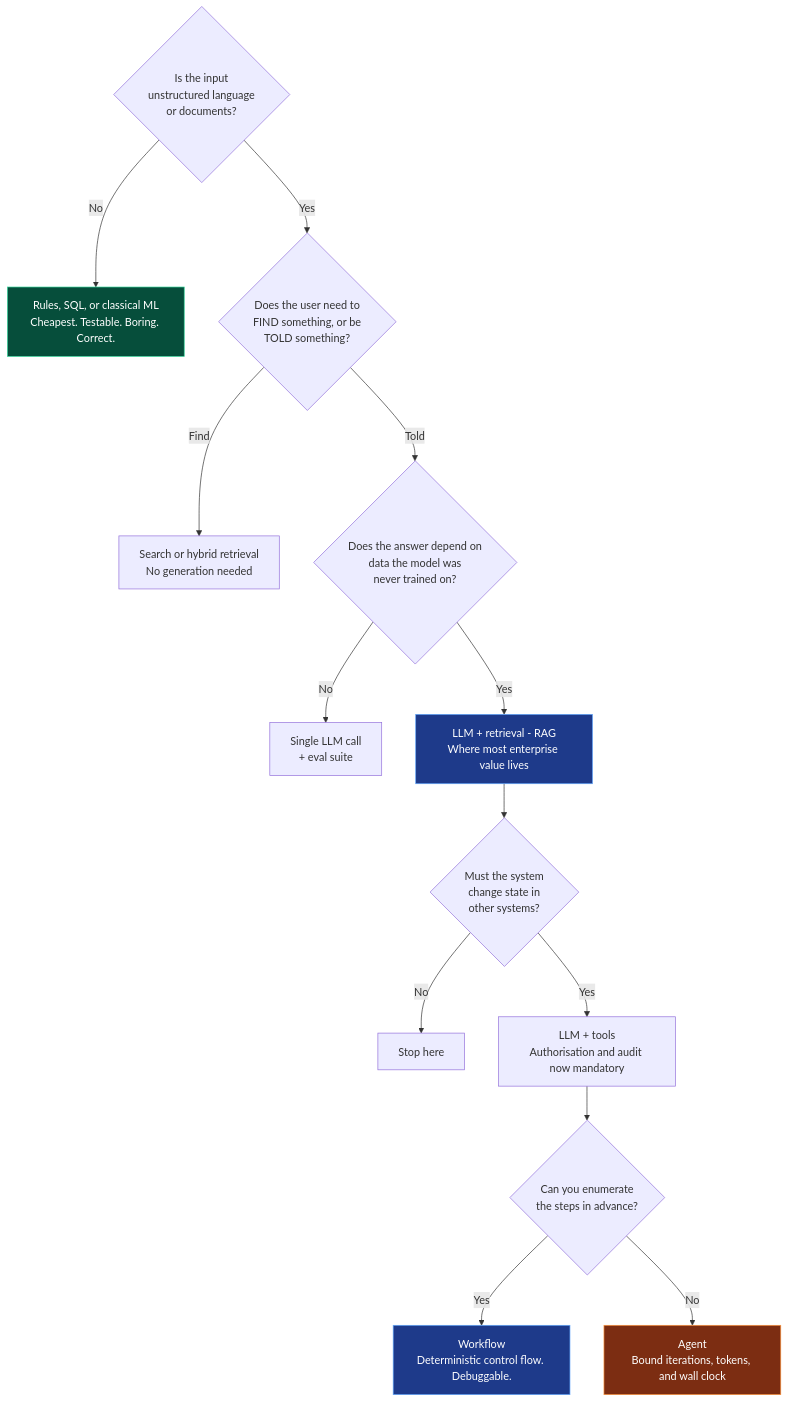
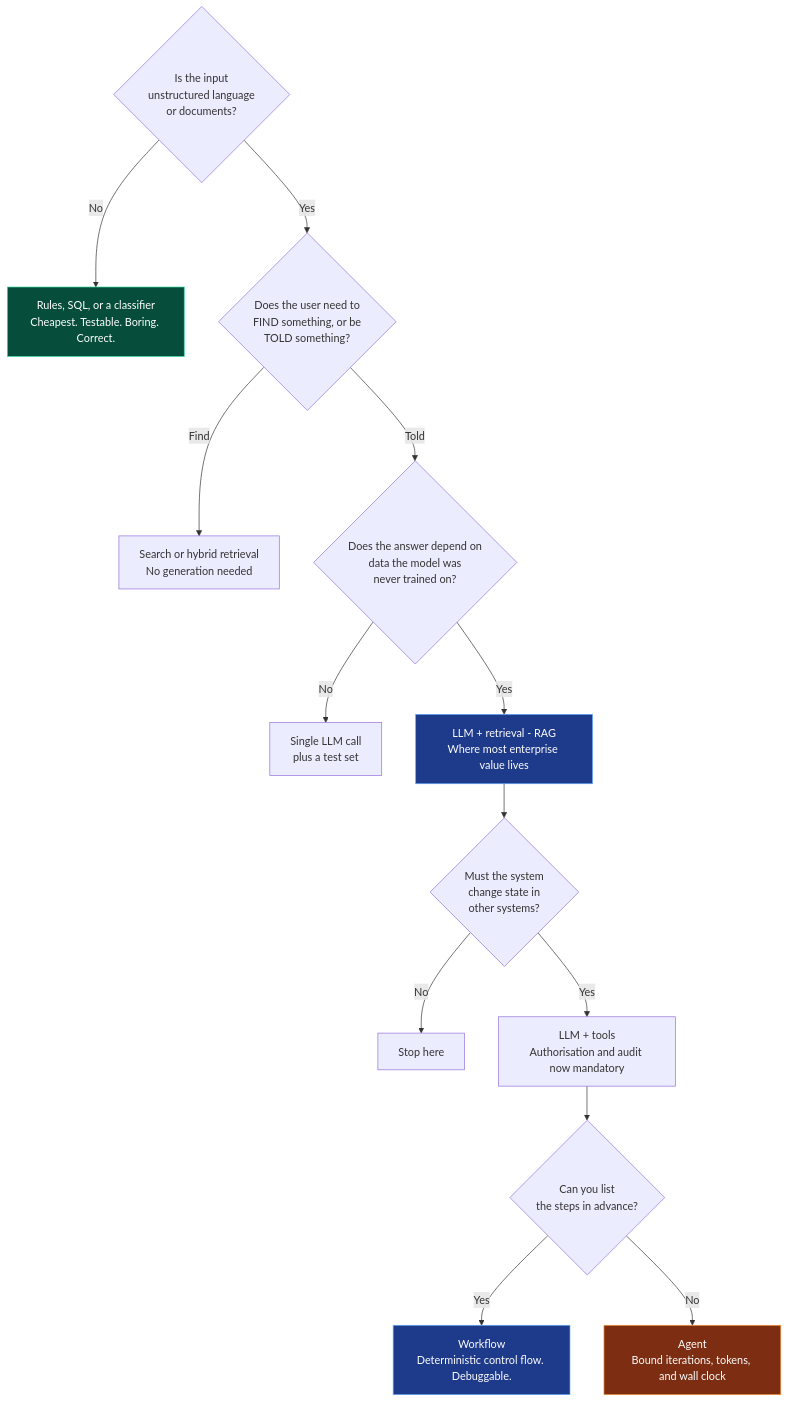
The second of 2 diagrams in docs/01-ai-engineering-overview.md (mohakhan03uk/enterprise-ai-engineering-playbook), drawn with Mermaid before and after one commit. The commit also changed other lines of this file and 11 other files, not shown here.

````diff
--- a/docs/01-ai-engineering-overview.md
+++ b/docs/01-ai-engineering-overview.md
@@ -261,21 +227,21 @@
 ```mermaid
 flowchart TD
     S{"Is the input<br/>unstructured language<br/>or documents?"}
-    S -- No --> R["Rules, SQL, or classical ML<br/>Cheapest. Testable. Boring. Correct."]
+    S -- No --> R["Rules, SQL, or a classifier<br/>Cheapest. Testable. Boring. Correct."]
     S -- Yes --> Q{"Does the user need to<br/>FIND something, or be<br/>TOLD something?"}
     Q -- Find --> SE["Search or hybrid retrieval<br/>No generation needed"]
     Q -- Told --> D{"Does the answer depend on<br/>data the model was<br/>never trained on?"}
-    D -- No --> L1["Single LLM call<br/>+ eval suite"]
+    D -- No --> L1["Single LLM call<br/>plus a test set"]
     D -- Yes --> L2["LLM + retrieval - RAG<br/>Where most enterprise value lives"]
     L2 --> A{"Must the system<br/>change state in<br/>other systems?"}
     A -- No --> DONE["Stop here"]
     A -- Yes --> L3["LLM + tools<br/>Authorisation and audit now mandatory"]
-    L3 --> P{"Can you enumerate<br/>the steps in advance?"}
+    L3 --> P{"Can you list<br/>the steps in advance?"}
     P -- Yes --> W["Workflow<br/>Deterministic control flow. Debuggable."]
     P -- No --> AG["Agent<br/>Bound iterations, tokens, and wall clock"]
 
     style R fill:#064e3b,stroke:#34d399,color:#fff
     style L2 fill:#1e3a8a,stroke:#60a5fa,color:#fff
     style W fill:#1e3a8a,stroke:#60a5fa,color:#fff
     style AG fill:#7c2d12,stroke:#fb923c,color:#fff
 ```
````
